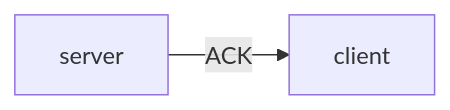
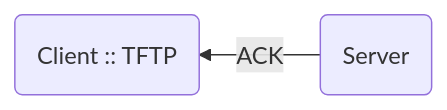
Before and after one commit to VirtualMetric/virtualmetric-docs: the second of 4 diagrams in docs/administration/devices/tftp.mdx, drawn with Mermaid. The commit also changed other lines of this file and 6 other files, not shown here.

````diff
--- a/docs/administration/devices/tftp.mdx
+++ b/docs/administration/devices/tftp.mdx
@@ -95,4 +97,6 @@
-```mermaid
-graph LR;
-  server --> |ACK| client
-```
+  ```mermaid
+  graph RL
+    A("`Client :: TFTP`")
+    B(Server)
+    B --> |ACK| A
+  ```
````
